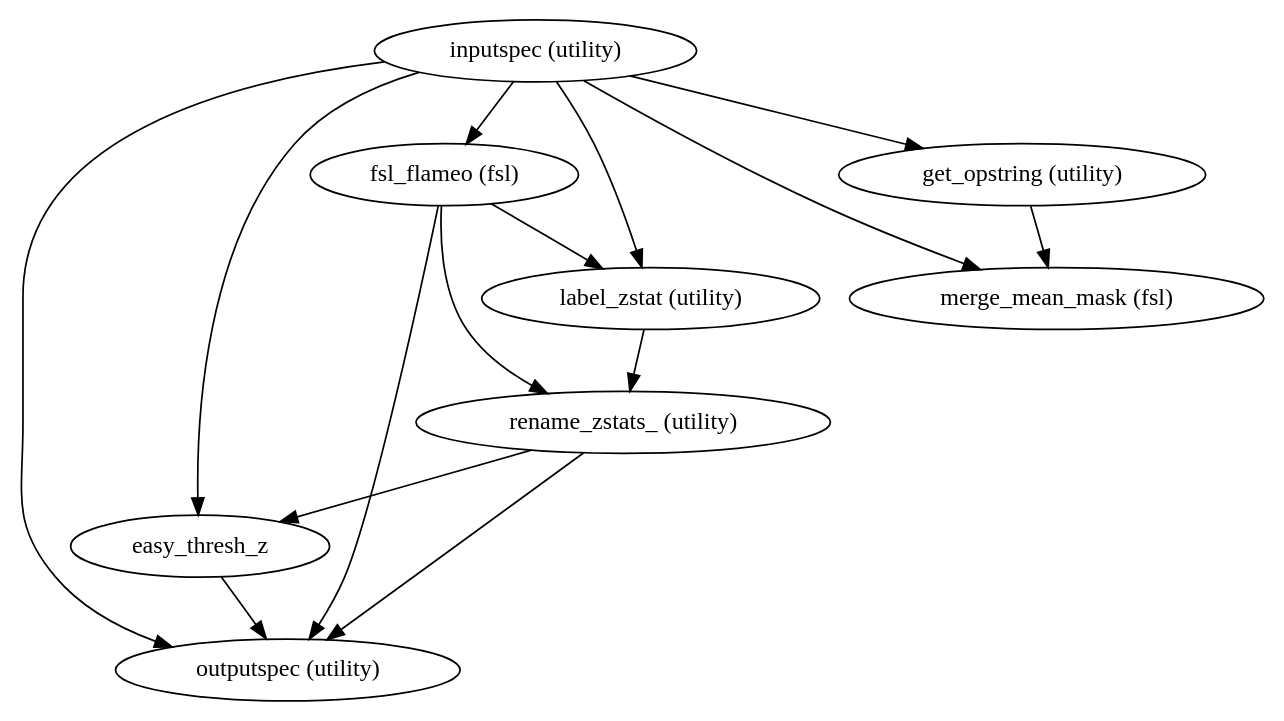
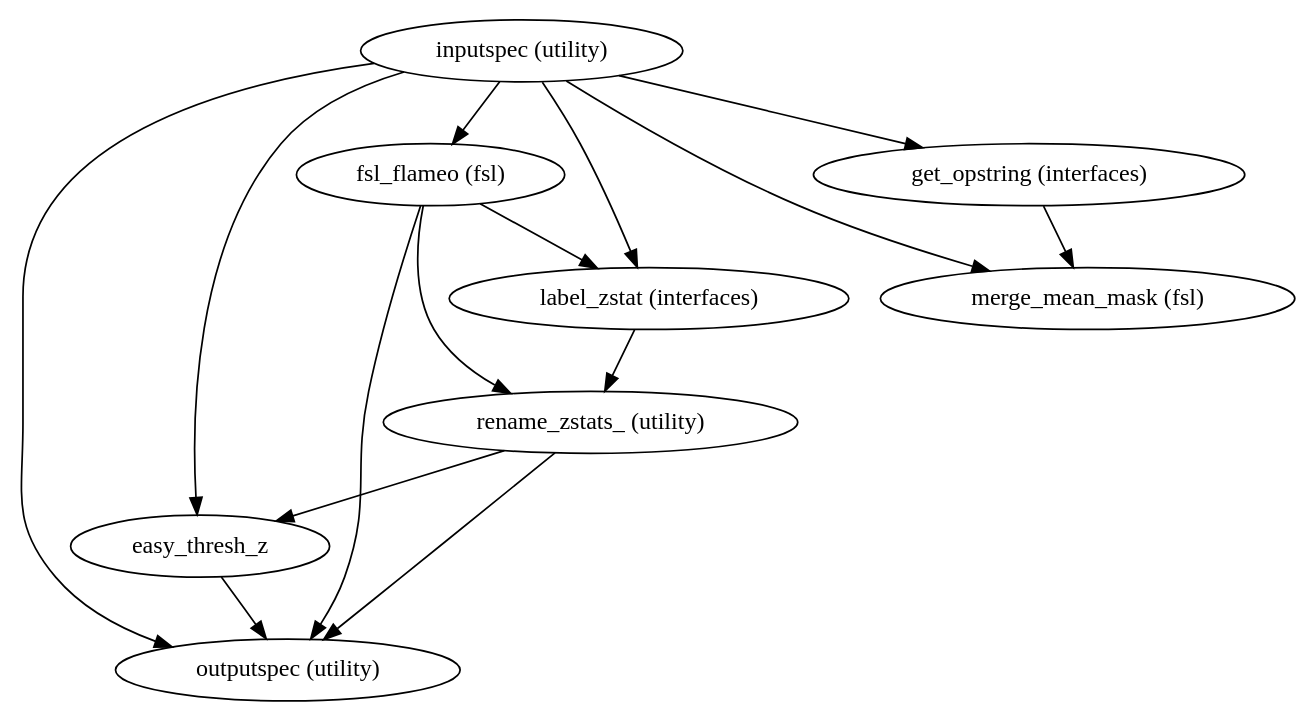
The diagram in docs/nightly/developer/workflows/images/generated/group_analysis.dot (FCP-INDI/fcp-indi.github.io), drawn with Graphviz before and after one commit. The commit also changed 280 other files, not shown here.

```diff
--- a/docs/nightly/developer/workflows/images/generated/group_analysis.dot
+++ b/docs/nightly/developer/workflows/images/generated/group_analysis.dot
@@ -1,24 +1,24 @@
-strict digraph  {
+strict digraph {
 "inputspec (utility)";
 "fsl_flameo (fsl)";
-"label_zstat (utility)";
+"label_zstat (interfaces)";
 "easy_thresh_z";
-"get_opstring (utility)";
+"get_opstring (interfaces)";
 "merge_mean_mask (fsl)";
 "outputspec (utility)";
 "rename_zstats_ (utility)";
 "inputspec (utility)" -> "fsl_flameo (fsl)";
-"inputspec (utility)" -> "label_zstat (utility)";
+"inputspec (utility)" -> "label_zstat (interfaces)";
 "inputspec (utility)" -> "easy_thresh_z";
-"inputspec (utility)" -> "get_opstring (utility)";
+"inputspec (utility)" -> "get_opstring (interfaces)";
 "inputspec (utility)" -> "merge_mean_mask (fsl)";
 "inputspec (utility)" -> "outputspec (utility)";
-"fsl_flameo (fsl)" -> "label_zstat (utility)";
+"fsl_flameo (fsl)" -> "label_zstat (interfaces)";
 "fsl_flameo (fsl)" -> "rename_zstats_ (utility)";
 "fsl_flameo (fsl)" -> "outputspec (utility)";
-"label_zstat (utility)" -> "rename_zstats_ (utility)";
+"label_zstat (interfaces)" -> "rename_zstats_ (utility)";
 "easy_thresh_z" -> "outputspec (utility)";
-"get_opstring (utility)" -> "merge_mean_mask (fsl)";
+"get_opstring (interfaces)" -> "merge_mean_mask (fsl)";
 "rename_zstats_ (utility)" -> "easy_thresh_z";
 "rename_zstats_ (utility)" -> "outputspec (utility)";
 }
```
